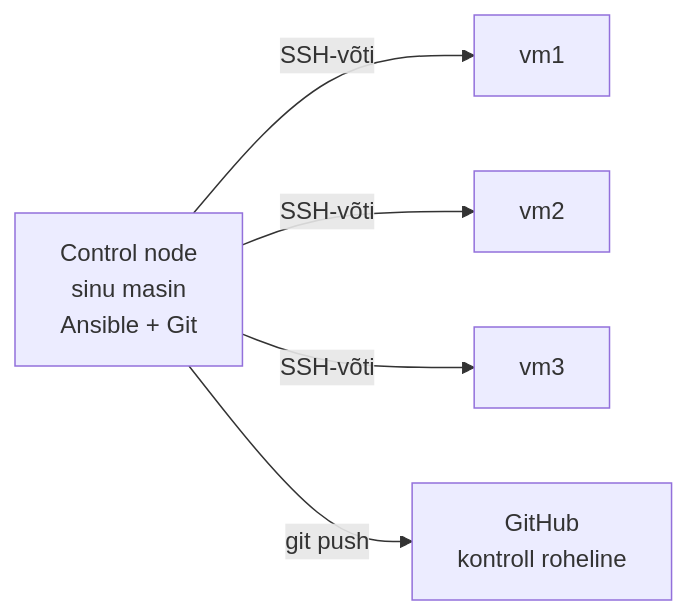
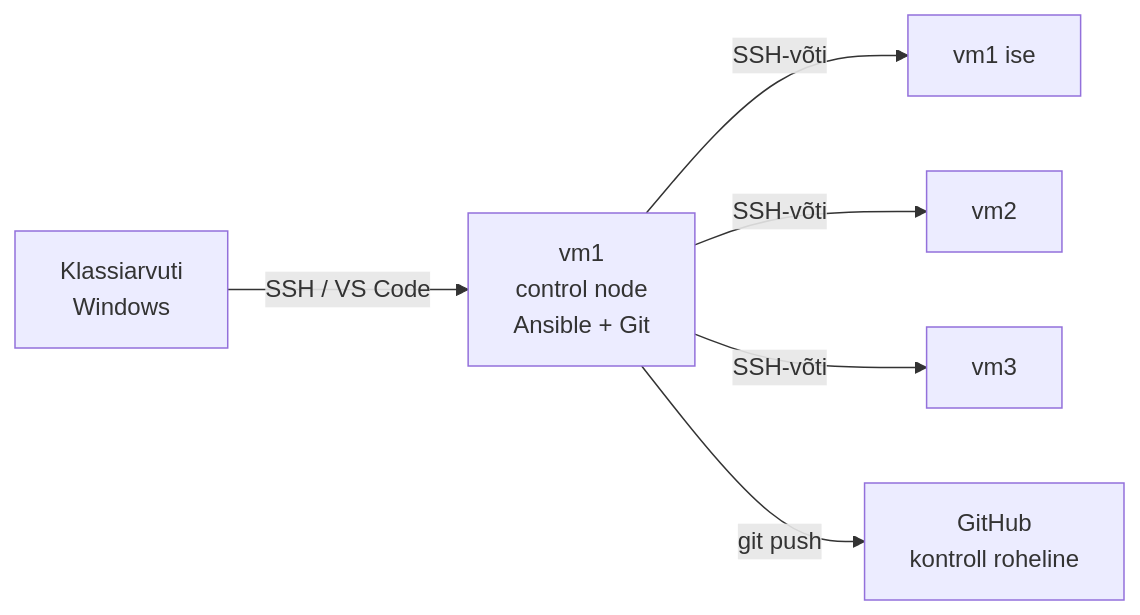
The diagram in docs/week01/lab.md (hkhk-automation/devops-lite), drawn with Mermaid before and after one commit. The commit also changed other lines of this file and 1 other file, not shown here.

Commit message:
Update lab and index documentation for clarity on control node and VM setup

````diff
--- a/docs/week01/lab.md
+++ b/docs/week01/lab.md
@@ -7,7 +7,8 @@
 ```mermaid
 flowchart LR
-    CN["Control node<br>sinu masin<br>Ansible + Git"] -->|SSH-võti| V1[vm1]
+    W["Klassiarvuti<br>Windows"] -->|SSH / VS Code| CN["vm1<br>control node<br>Ansible + Git"]
+    CN -->|SSH-võti| V1[vm1 ise]
     CN -->|SSH-võti| V2[vm2]
     CN -->|SSH-võti| V3[vm3]
     CN -->|git push| GH[GitHub<br>kontroll roheline]
 ```
````
